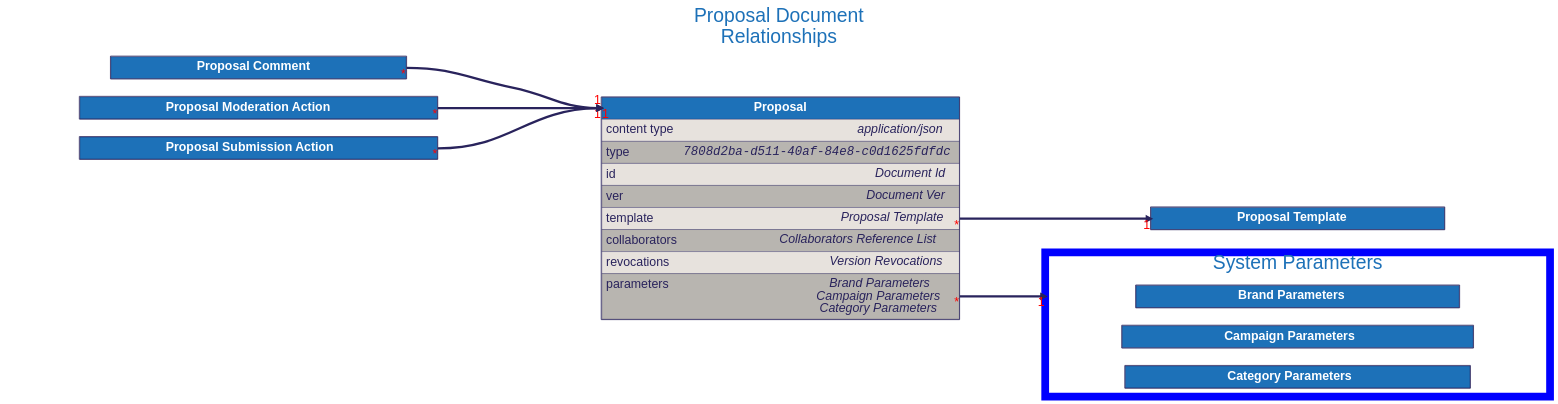
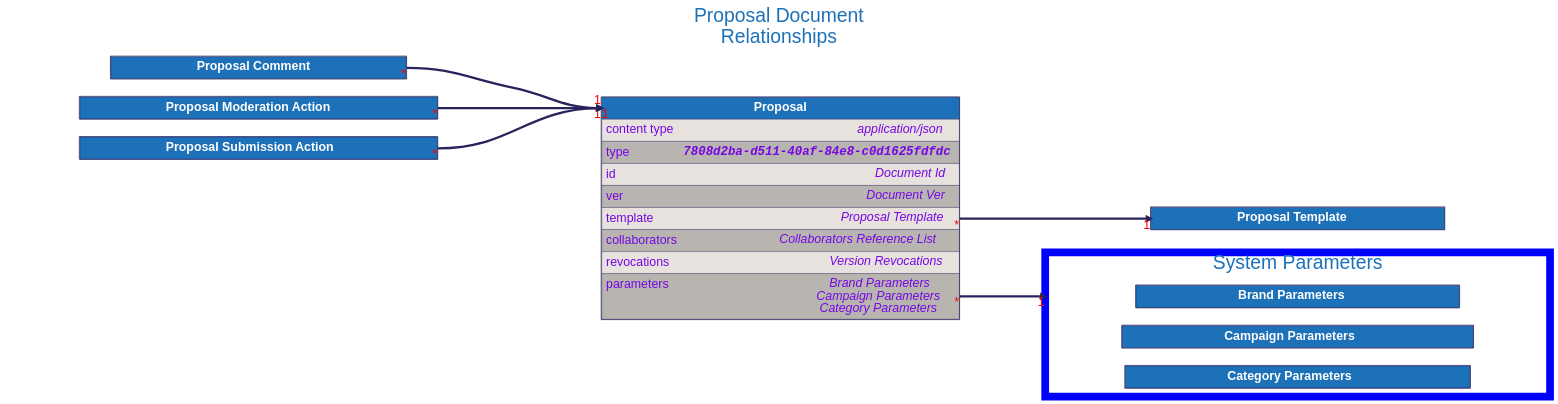
The diagram in docs/src/architecture/08_concepts/signed_doc/diagrams/proposal.dot (input-output-hk/catalyst-libs), drawn with Graphviz before and after one commit. The commit also changed 15 other files, not shown here.

```diff
--- a/docs/src/architecture/08_concepts/signed_doc/diagrams/proposal.dot
+++ b/docs/src/architecture/08_concepts/signed_doc/diagrams/proposal.dot
@@ -41,8 +41,8 @@
                 <TD ALIGN="LEFT" PORT="content type" BGCOLOR="#e7e2dd">
                     <TABLE CELLPADDING="0" CELLSPACING="0" BORDER="0">
                         <TR>
-                            <TD ALIGN="LEFT" VALIGN="TOP" WIDTH="200"><FONT>content type</FONT></TD>
-                            <TD ALIGN="RIGHT"><FONT><I>application/json</I></FONT></TD>
+                            <TD ALIGN="LEFT" VALIGN="TOP" WIDTH="200"><FONT COLOR="#7706E5">content type</FONT></TD>
+                            <TD ALIGN="RIGHT"><FONT COLOR="#7706E5"><I>application/json</I></FONT></TD>
                         </TR>
                     </TABLE>
                 </TD>
@@ -51,8 +51,8 @@
                 <TD ALIGN="LEFT" PORT="type" BGCOLOR="#b8b5b0">
                     <TABLE CELLPADDING="0" CELLSPACING="0" BORDER="0">
                         <TR>
-                            <TD ALIGN="LEFT" VALIGN="TOP" WIDTH="200"><FONT>type</FONT></TD>
-                            <TD ALIGN="RIGHT"><FONT FACE="Courier"><I>7808d2ba-d511-40af-84e8-c0d1625fdfdc</I></FONT></TD>
+                            <TD ALIGN="LEFT" VALIGN="TOP" WIDTH="200"><FONT COLOR="#7706E5">type</FONT></TD>
+                            <TD ALIGN="RIGHT"><FONT FACE="Courier" COLOR="#7706E5"><B><I>7808d2ba-d511-40af-84e8-c0d1625fdfdc</I></B></FONT></TD>
                         </TR>
                     </TABLE>
                 </TD>
@@ -61,8 +61,8 @@
                 <TD ALIGN="LEFT" PORT="id" BGCOLOR="#e7e2dd">
                     <TABLE CELLPADDING="0" CELLSPACING="0" BORDER="0">
                         <TR>
-                            <TD ALIGN="LEFT" VALIGN="TOP" WIDTH="200"><FONT>id</FONT></TD>
-                            <TD ALIGN="RIGHT"><FONT><I>Document Id</I></FONT></TD>
+                            <TD ALIGN="LEFT" VALIGN="TOP" WIDTH="200"><FONT COLOR="#7706E5">id</FONT></TD>
+                            <TD ALIGN="RIGHT"><FONT COLOR="#7706E5"><I>Document Id</I></FONT></TD>
                         </TR>
                     </TABLE>
                 </TD>
@@ -71,8 +71,8 @@
                 <TD ALIGN="LEFT" PORT="ver" BGCOLOR="#b8b5b0">
                     <TABLE CELLPADDING="0" CELLSPACING="0" BORDER="0">
                         <TR>
-                            <TD ALIGN="LEFT" VALIGN="TOP" WIDTH="200"><FONT>ver</FONT></TD>
-                            <TD ALIGN="RIGHT"><FONT><I>Document Ver</I></FONT></TD>
+                            <TD ALIGN="LEFT" VALIGN="TOP" WIDTH="200"><FONT COLOR="#7706E5">ver</FONT></TD>
+                            <TD ALIGN="RIGHT"><FONT COLOR="#7706E5"><I>Document Ver</I></FONT></TD>
                         </TR>
                     </TABLE>
                 </TD>
@@ -81,8 +81,8 @@
                 <TD ALIGN="LEFT" PORT="template" BGCOLOR="#e7e2dd">
                     <TABLE CELLPADDING="0" CELLSPACING="0" BORDER="0">
                         <TR>
-                            <TD ALIGN="LEFT" VALIGN="TOP" WIDTH="200"><FONT>template</FONT></TD>
-                            <TD ALIGN="RIGHT"><FONT><I>Proposal Template</I></FONT></TD>
+                            <TD ALIGN="LEFT" VALIGN="TOP" WIDTH="200"><FONT COLOR="#7706E5">template</FONT></TD>
+                            <TD ALIGN="RIGHT"><FONT COLOR="#7706E5"><I>Proposal Template</I></FONT></TD>
                         </TR>
                     </TABLE>
                 </TD>
@@ -91,8 +91,8 @@
                 <TD ALIGN="LEFT" PORT="collaborators" BGCOLOR="#b8b5b0">
                     <TABLE CELLPADDING="0" CELLSPACING="0" BORDER="0">
                         <TR>
-                            <TD ALIGN="LEFT" VALIGN="TOP" WIDTH="200"><FONT>collaborators</FONT></TD>
-                            <TD ALIGN="RIGHT"><FONT><I>Collaborators Reference List</I></FONT></TD>
+                            <TD ALIGN="LEFT" VALIGN="TOP" WIDTH="200"><FONT COLOR="#7706E5">collaborators</FONT></TD>
+                            <TD ALIGN="RIGHT"><FONT COLOR="#7706E5"><I>Collaborators Reference List</I></FONT></TD>
                         </TR>
                     </TABLE>
                 </TD>
@@ -101,8 +101,8 @@
                 <TD ALIGN="LEFT" PORT="revocations" BGCOLOR="#e7e2dd">
                     <TABLE CELLPADDING="0" CELLSPACING="0" BORDER="0">
                         <TR>
-                            <TD ALIGN="LEFT" VALIGN="TOP" WIDTH="200"><FONT>revocations</FONT></TD>
-                            <TD ALIGN="RIGHT"><FONT><I>Version Revocations</I></FONT></TD>
+                            <TD ALIGN="LEFT" VALIGN="TOP" WIDTH="200"><FONT COLOR="#7706E5">revocations</FONT></TD>
+                            <TD ALIGN="RIGHT"><FONT COLOR="#7706E5"><I>Version Revocations</I></FONT></TD>
                         </TR>
                     </TABLE>
                 </TD>
@@ -111,8 +111,8 @@
                 <TD ALIGN="LEFT" PORT="parameters" BGCOLOR="#b8b5b0">
                     <TABLE CELLPADDING="0" CELLSPACING="0" BORDER="0">
                         <TR>
-                            <TD ALIGN="LEFT" VALIGN="TOP" WIDTH="200"><FONT>parameters</FONT></TD>
-                            <TD ALIGN="RIGHT"><FONT><I>Brand Parameters<BR />Campaign Parameters<BR />Category Parameters</I></FONT></TD>
+                            <TD ALIGN="LEFT" VALIGN="TOP" WIDTH="200"><FONT COLOR="#7706E5">parameters</FONT></TD>
+                            <TD ALIGN="RIGHT"><FONT COLOR="#7706E5"><I>Brand Parameters<BR />Campaign Parameters<BR />Category Parameters</I></FONT></TD>
                         </TR>
                     </TABLE>
                 </TD>
```
